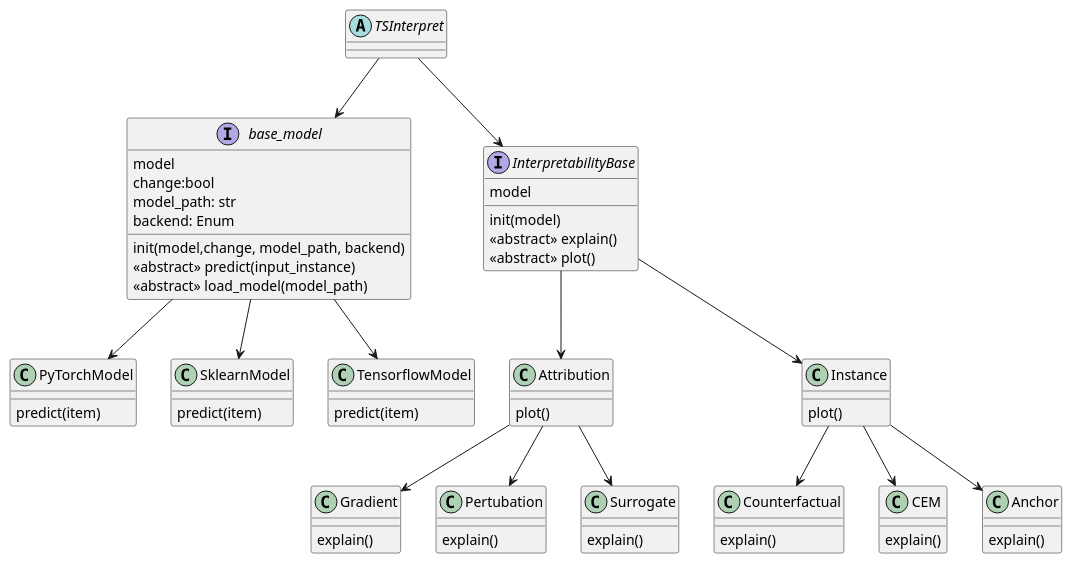
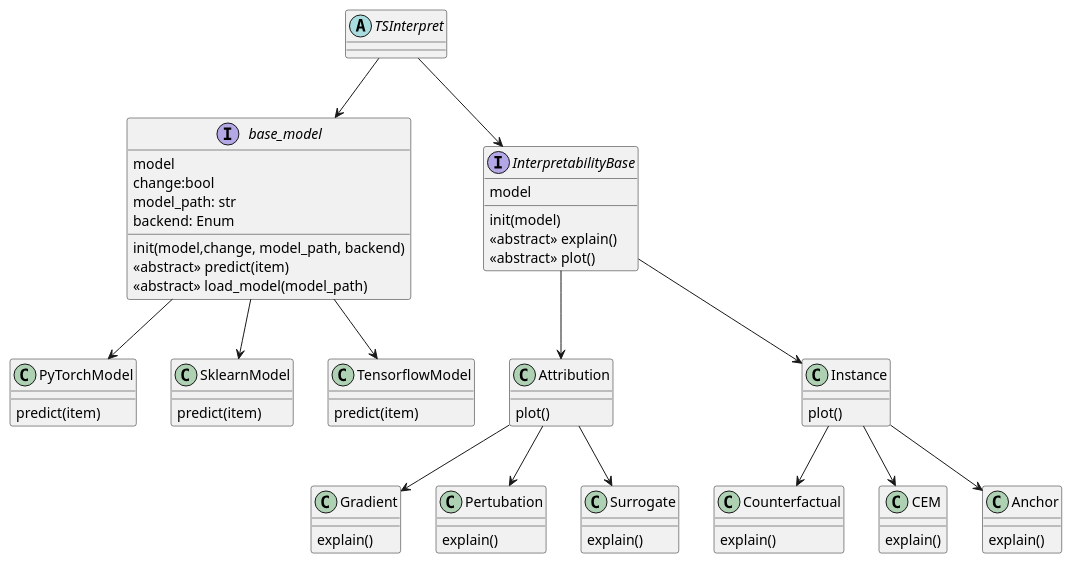
One commit to fzi-forschungszentrum-informatik/TSInterpret changed the diagram in Architecture.puml. Above: the diagram before and after it, drawn with PlantUML. The commit also changed 57 other files, not shown here.

```diff
--- a/Architecture.puml
+++ b/Architecture.puml
@@ -1,82 +1,82 @@
 @startuml
 
 abstract TSInterpret {
 }
 interface base_model {
     model
     change:bool    
     model_path: str  
     backend: Enum
     init(model,change, model_path, backend)
-    <<abstract>> predict(input_instance)
+    <<abstract>> predict(item)
     <<abstract>> load_model(model_path)
 }
 
 interface InterpretabilityBase {
     model
     init(model)
     <<abstract>> explain()
     <<abstract>> plot()
 }
 
 
 class PyTorchModel {
 
     predict(item)
 
 }
 
 class SklearnModel {
 
     predict(item)
 }
 class TensorflowModel {
 
     predict(item)
 }
 class Attribution {
      plot()
 }
 class Gradient {
 explain()
     
 }
 class Pertubation {
 explain()
 
 }
 class Surrogate {
 explain()
 
 }
 class Instance {
   plot()
 }
 
 class Counterfactual {
 explain()
 
 }
 class CEM {
 explain()
 
 }
 class Anchor {
 explain()
 }
 
 TSInterpret --> base_model
 TSInterpret --> InterpretabilityBase
 base_model --> PyTorchModel
 base_model --> SklearnModel
 base_model --> TensorflowModel
 InterpretabilityBase --> Attribution
 InterpretabilityBase --> Instance
 Attribution --> Gradient
 Attribution --> Pertubation
 Attribution --> Surrogate
 Instance --> Counterfactual 
 Instance -->  CEM
 Instance --> Anchor
 
 @enduml
```
